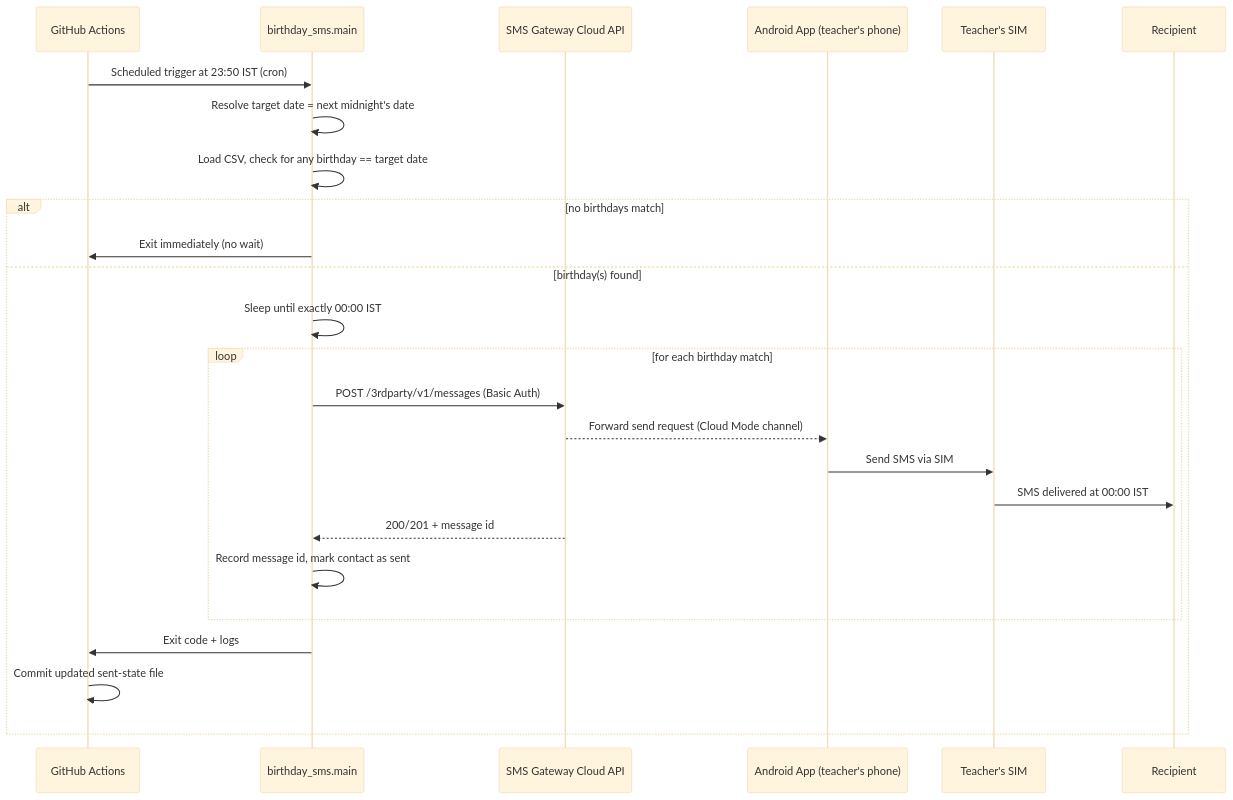
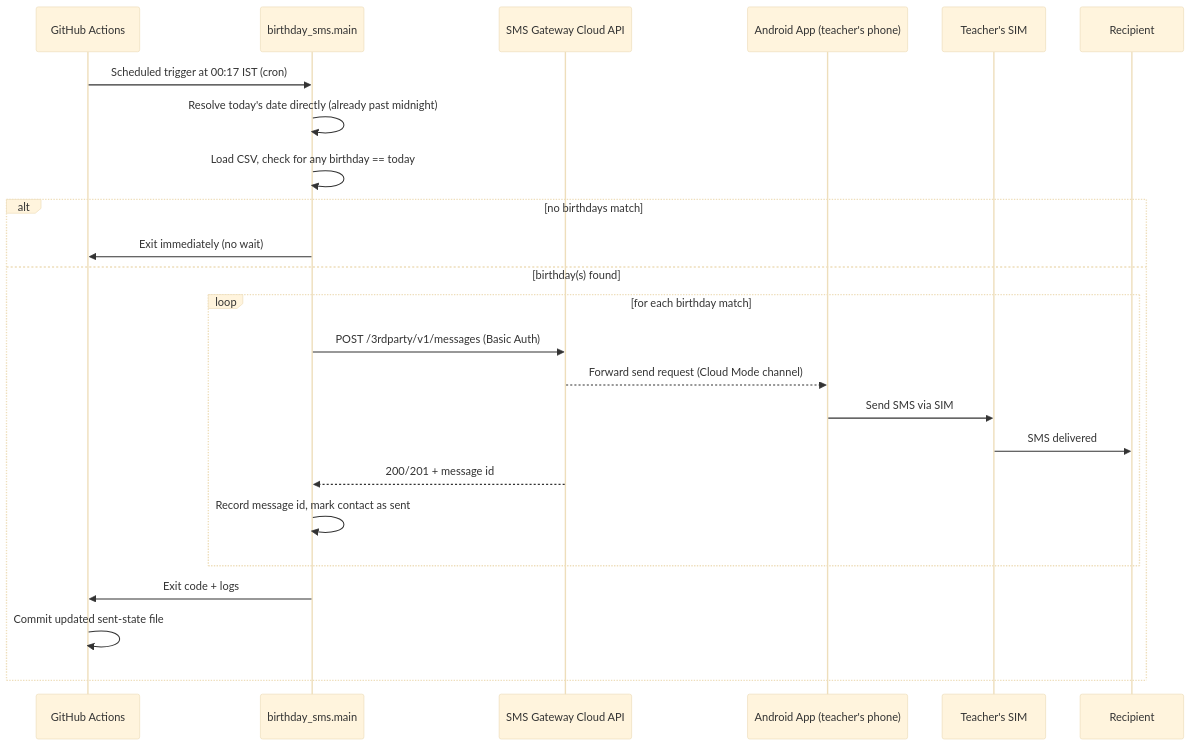
One commit to Manas-Dikshit/Messenger_Automation changed the second of 5 diagrams in docs/ARCHITECTURE.md. Above: the diagram before and after it, drawn with Mermaid (base theme). The commit also changed other lines of this file and 3 other files, not shown here.

````diff
--- a/docs/ARCHITECTURE.md
+++ b/docs/ARCHITECTURE.md
@@ -59,28 +60,27 @@
 ```mermaid
 sequenceDiagram
     participant GH as GitHub Actions
     participant PY as birthday_sms.main
     participant API as SMS Gateway Cloud API
     participant APP as Android App (teacher's phone)
     participant SIM as Teacher's SIM
     participant R as Recipient
 
-    GH->>PY: Scheduled trigger at 23:50 IST (cron)
-    PY->>PY: Resolve target date = next midnight's date
-    PY->>PY: Load CSV, check for any birthday == target date
+    GH->>PY: Scheduled trigger at 00:17 IST (cron)
+    PY->>PY: Resolve today's date directly (already past midnight)
+    PY->>PY: Load CSV, check for any birthday == today
     alt no birthdays match
         PY->>GH: Exit immediately (no wait)
     else birthday(s) found
-        PY->>PY: Sleep until exactly 00:00 IST
         loop for each birthday match
             PY->>API: POST /3rdparty/v1/messages (Basic Auth)
             API-->>APP: Forward send request (Cloud Mode channel)
             APP->>SIM: Send SMS via SIM
-            SIM->>R: SMS delivered at 00:00 IST
+            SIM->>R: SMS delivered
             API-->>PY: 200/201 + message id
             PY->>PY: Record message id, mark contact as sent
         end
         PY->>GH: Exit code + logs
         GH->>GH: Commit updated sent-state file
     end
 ```
````
